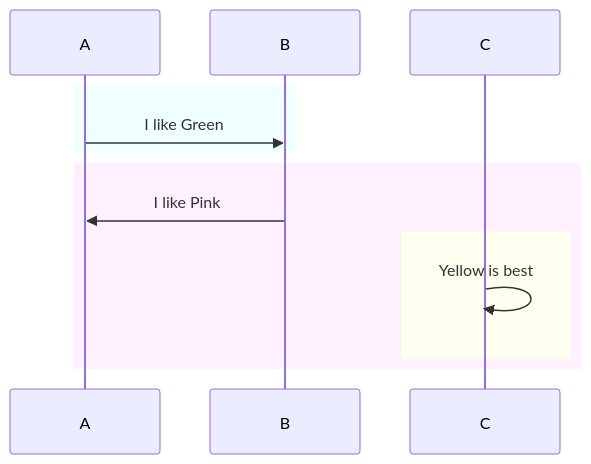
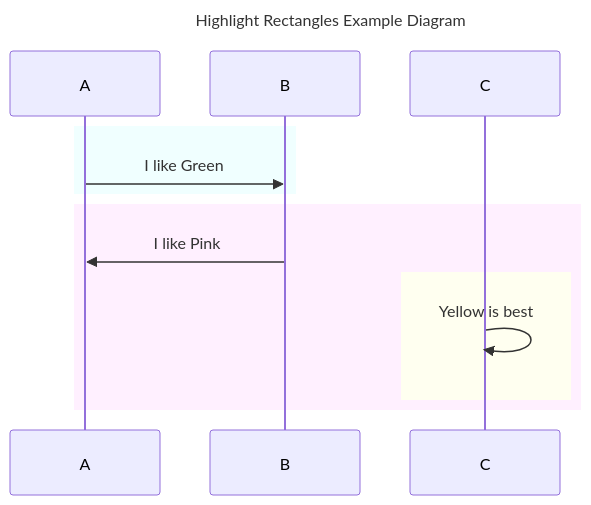
Before and after one commit to carolyncole/i_love_mermaid: the fifth of 7 diagrams in empty-flow.md, drawn with Mermaid. The commit also changed other lines of this file, not shown here.

Commit message:
Adding titles to cheat sheet

````diff
--- a/empty-flow.md
+++ b/empty-flow.md
@@ -70,12 +73,13 @@
   ```mermaid
   sequenceDiagram
+    title  Highlight Rectangles Example Diagram
     rect rgb(240, 255, 255) 
       A->>B: I like Green
     end
     rect rgb(255, 240, 255)
-    B->>A: I like Pink
-    rect rgb(255, 255, 240)
-    C->>C: Yellow is best
-    end
+      B->>A: I like Pink
+      rect rgb(255, 255, 240)
+        C->>C: Yellow is best
+      end
     end
   ```
````
